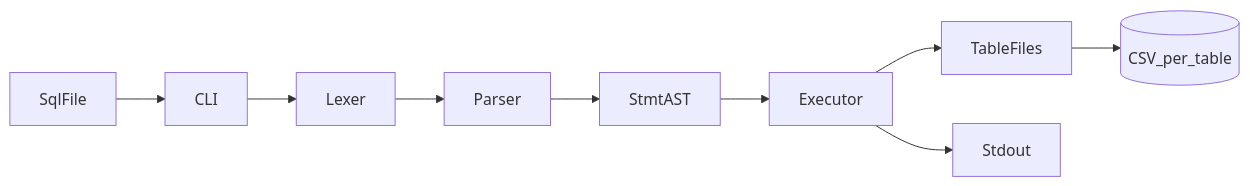
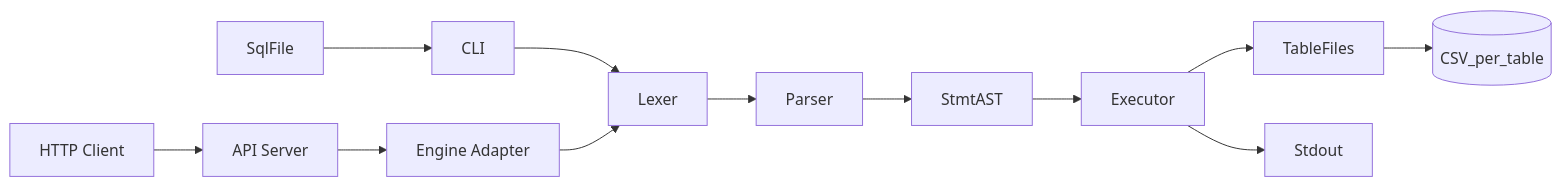
One commit to tail1887/sql_parsor changed the diagram in README.md. Above: the diagram before and after it, drawn with Mermaid. The commit also changed other lines of this file and 22 other files, not shown here.

Commit message:
feat: add C API server with thread pool

````diff
--- a/README.md
+++ b/README.md
@@ -57,11 +58,14 @@
 ```mermaid
 flowchart LR
     SqlFile[SqlFile] --> CLI[CLI]
+    Client[HTTP Client] --> Api[API Server]
+    Api --> Adapter[Engine Adapter]
     CLI --> Lexer[Lexer]
+    Adapter --> Lexer
     Lexer --> Parser[Parser]
     Parser --> AST[StmtAST]
     AST --> Exec[Executor]
     Exec --> Store[TableFiles]
     Store --> FS[(CSV_per_table)]
     Exec --> Out[Stdout]
 ```
````
